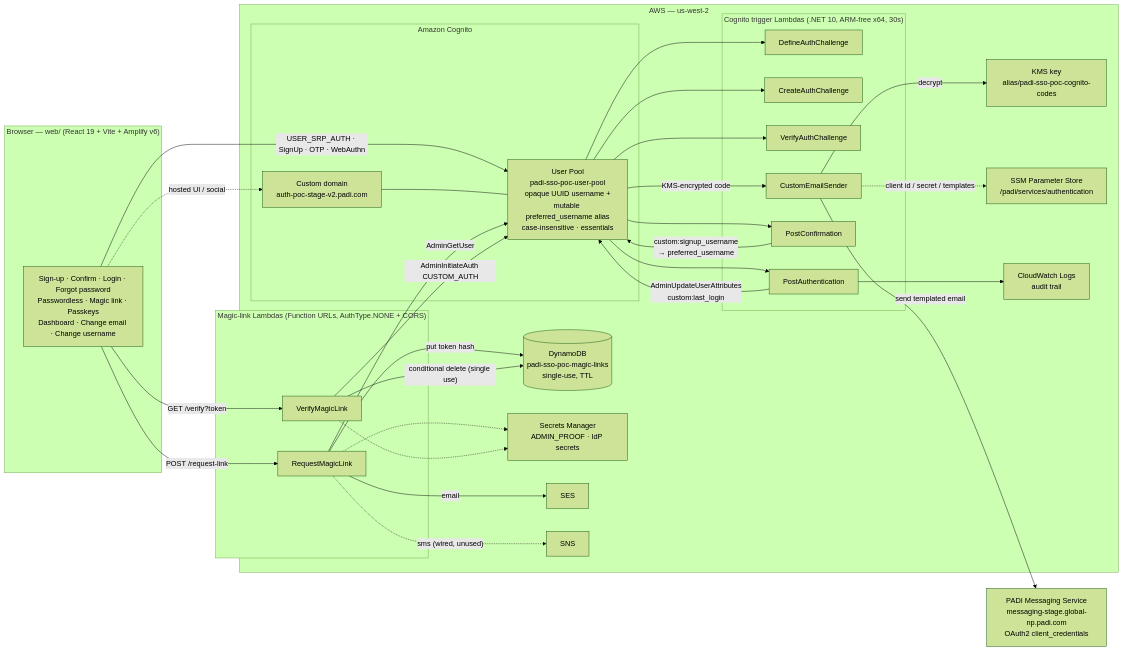
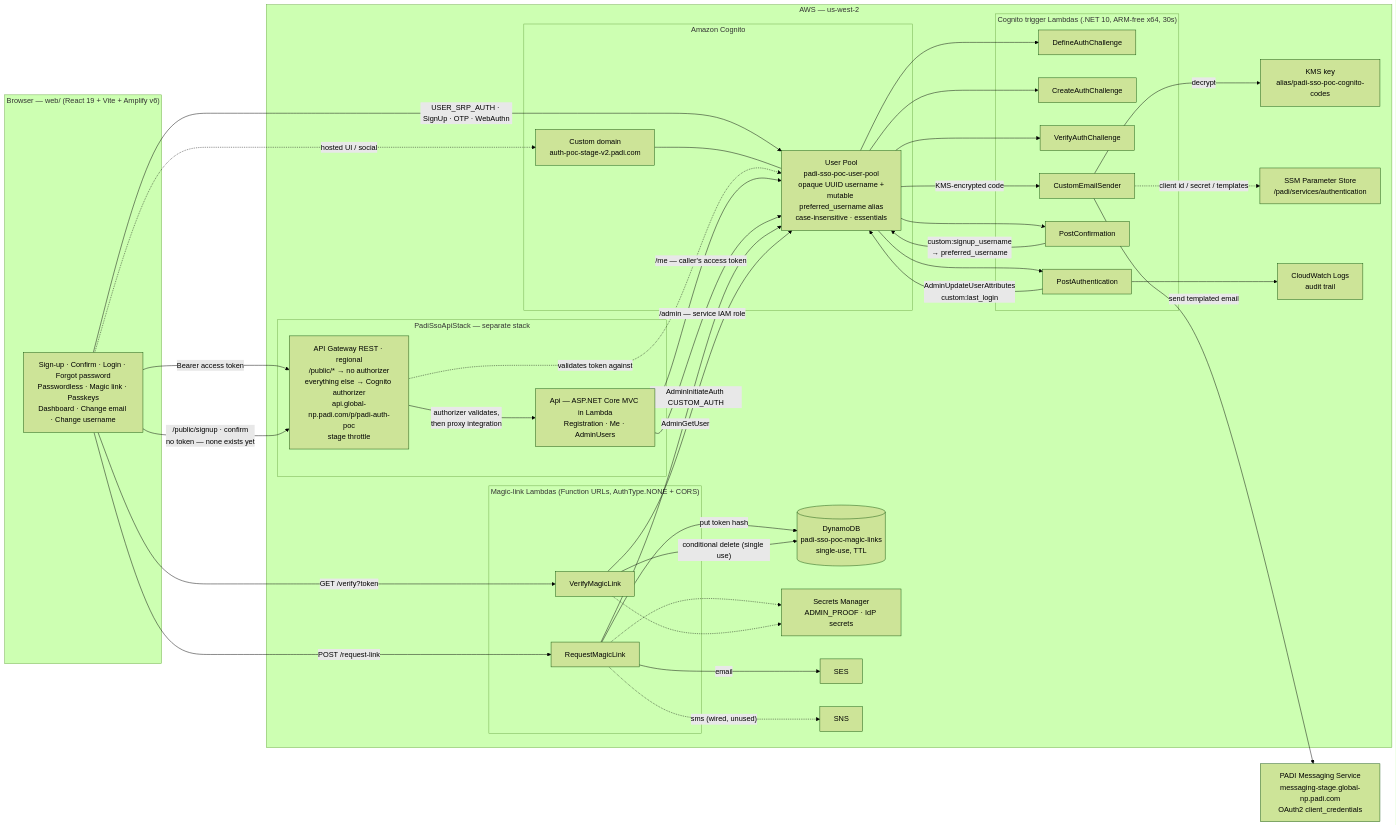
The first of 5 diagrams in PADISSOPOC/docs/architecture.md (minhthanhnguyen/PADISSOPOC), drawn with Mermaid (forest theme) before and after one commit. The commit also changed other lines of this file and 27 other files, not shown here.

Commit message:
Add API Gateway + Web API

````diff
--- a/PADISSOPOC/docs/architecture.md
+++ b/PADISSOPOC/docs/architecture.md
@@ -10,69 +14,81 @@
 ```mermaid
 flowchart LR
     subgraph client["Browser — web/ (React 19 + Vite + Amplify v6)"]
         UI["Sign-up · Confirm · Login · Forgot password<br/>Passwordless · Magic link · Passkeys<br/>Dashboard · Change email · Change username"]
     end
 
     subgraph aws["AWS — us-west-2"]
         subgraph idp["Amazon Cognito"]
             POOL["User Pool<br/>padi-sso-poc-user-pool<br/>opaque UUID username +<br/>mutable preferred_username alias<br/>case-insensitive · essentials"]
             DOMAIN["Custom domain<br/>auth-poc-stage-v2.padi.com"]
         end
 
         subgraph triggers["Cognito trigger Lambdas (.NET 10, ARM-free x64, 30s)"]
             DEFINE["DefineAuthChallenge"]
             CREATE["CreateAuthChallenge"]
             VERIFYC["VerifyAuthChallenge"]
             POSTAUTH["PostAuthentication"]
             POSTCONF["PostConfirmation"]
             EMAILSENDER["CustomEmailSender"]
         end
 
         subgraph fnurls["Magic-link Lambdas (Function URLs, AuthType.NONE + CORS)"]
             REQ["RequestMagicLink"]
             VER["VerifyMagicLink"]
+        end
+
+        subgraph apigw["PadiSsoApiStack — separate stack"]
+            GW["API Gateway REST · regional<br/>/public/* → no authorizer<br/>everything else → Cognito authorizer<br/>api.global-np.padi.com/p/padi-auth-poc<br/>stage throttle"]
+            API["Api — ASP.NET Core MVC in Lambda<br/>Registration · Me · AdminUsers"]
         end
 
         DDB[("DynamoDB<br/>padi-sso-poc-magic-links<br/>single-use, TTL")]
         KMS["KMS key<br/>alias/padi-sso-poc-cognito-codes"]
         SSM["SSM Parameter Store<br/>/padi/services/authentication"]
         SM["Secrets Manager<br/>ADMIN_PROOF · IdP secrets"]
         SES["SES"]
         SNS["SNS"]
         LOGS["CloudWatch Logs<br/>audit trail"]
     end
 
     MSG["PADI Messaging Service<br/>messaging-stage.global-np.padi.com<br/>OAuth2 client_credentials"]
 
     UI -->|"USER_SRP_AUTH · SignUp · OTP · WebAuthn"| POOL
     UI -.->|"hosted UI / social"| DOMAIN
     DOMAIN --- POOL
 
     POOL --> DEFINE
     POOL --> CREATE
     POOL --> VERIFYC
     POOL --> POSTAUTH
     POOL --> POSTCONF
     POOL -->|"KMS-encrypted code"| EMAILSENDER
 
     POSTCONF -->|"custom:signup_username<br/>→ preferred_username"| POOL
 
     UI -->|"POST /request-link"| REQ
     UI -->|"GET /verify?token"| VER
 
+    UI -->|"Bearer access token"| GW
+    UI -->|"/public/signup · confirm<br/>no token — none exists yet"| GW
+    GW -->|"authorizer validates,<br/>then proxy integration"| API
+    GW -.->|"validates token against"| POOL
+    API -->|"/me — caller's access token"| POOL
+    API -->|"/admin — service IAM role"| POOL
+
     EMAILSENDER -->|decrypt| KMS
     EMAILSENDER -->|"send templated email"| MSG
     POSTAUTH -->|"AdminUpdateUserAttributes<br/>custom:last_login"| POOL
     POSTAUTH --> LOGS
 
     REQ -->|"put token hash"| DDB
     REQ -->|"AdminGetUser"| POOL
     REQ -->|email| SES
     REQ -.->|"sms (wired, unused)"| SNS
     VER -->|"conditional delete (single use)"| DDB
     VER -->|"AdminInitiateAuth CUSTOM_AUTH"| POOL
 
     EMAILSENDER -.->|"client id / secret / templates"| SSM
     REQ -.-> SM
     VER -.-> SM
 ```
````
